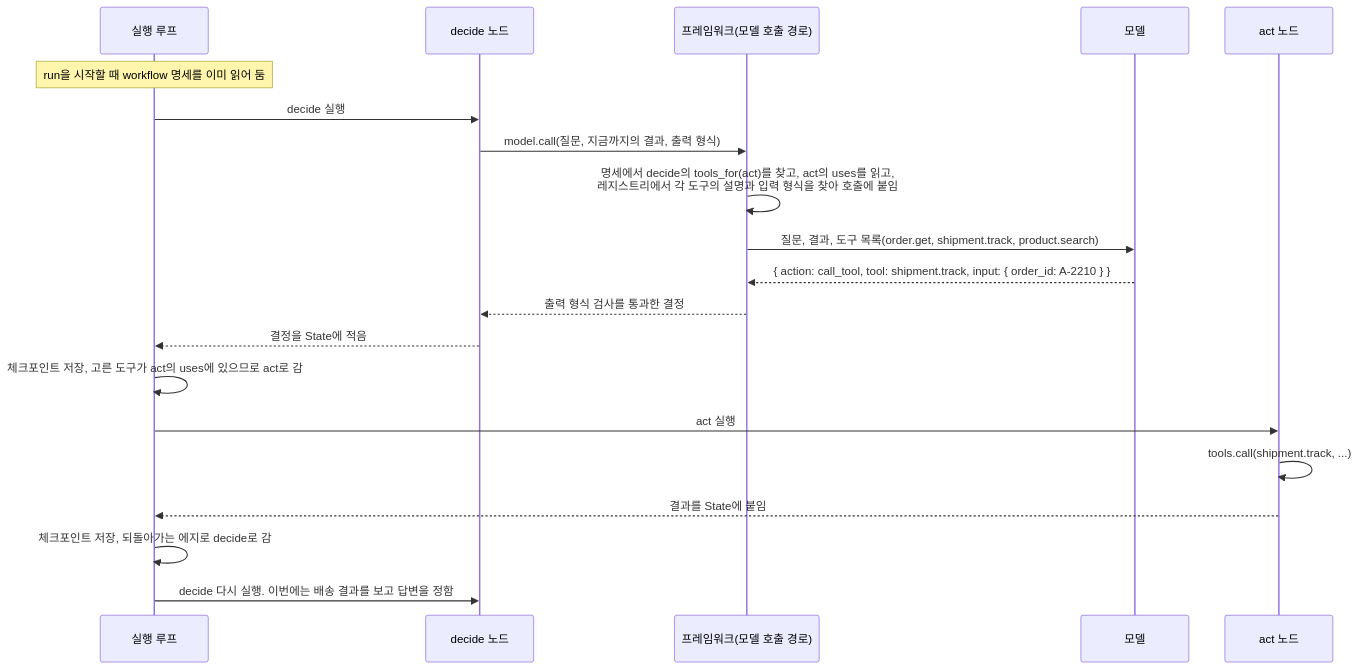
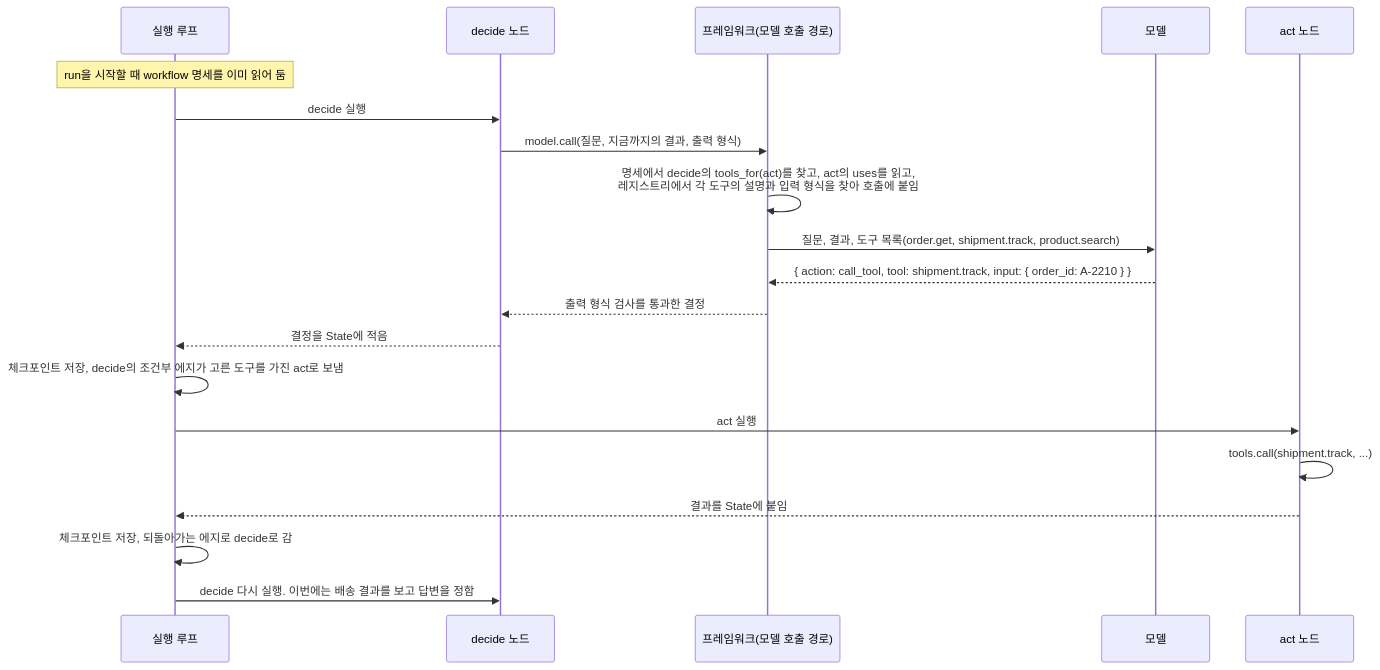
One commit to iwindfree/ai-agent-framework-architecture changed diagram 19 of 30 in 00.architecture.md. Above: the diagram before and after it, drawn with Mermaid. The commit also changed other lines of this file and 1 other file, not shown here.

````diff
--- a/00.architecture.md
+++ b/00.architecture.md
@@ -1750,22 +1764,22 @@
 ```mermaid
 sequenceDiagram
     participant L as 실행 루프
     participant D as decide 노드
     participant F as 프레임워크(모델 호출 경로)
     participant M as 모델
     participant A as act 노드
     Note over L: run을 시작할 때 workflow 명세를 이미 읽어 둠
     L->>D: decide 실행
     D->>F: model.call(질문, 지금까지의 결과, 출력 형식)
     F->>F: 명세에서 decide의 tools_for(act)를 찾고, act의 uses를 읽고,<br/>레지스트리에서 각 도구의 설명과 입력 형식을 찾아 호출에 붙임
     F->>M: 질문, 결과, 도구 목록(order.get, shipment.track, product.search)
     M-->>F: { action: call_tool, tool: shipment.track, input: { order_id: A-2210 } }
     F-->>D: 출력 형식 검사를 통과한 결정
     D-->>L: 결정을 State에 적음
-    L->>L: 체크포인트 저장, 고른 도구가 act의 uses에 있으므로 act로 감
+    L->>L: 체크포인트 저장, decide의 조건부 에지가 고른 도구를 가진 act로 보냄
     L->>A: act 실행
     A->>A: tools.call(shipment.track, ...)
     A-->>L: 결과를 State에 붙임
     L->>L: 체크포인트 저장, 되돌아가는 에지로 decide로 감
     L->>D: decide 다시 실행. 이번에는 배송 결과를 보고 답변을 정함
 ```
````
